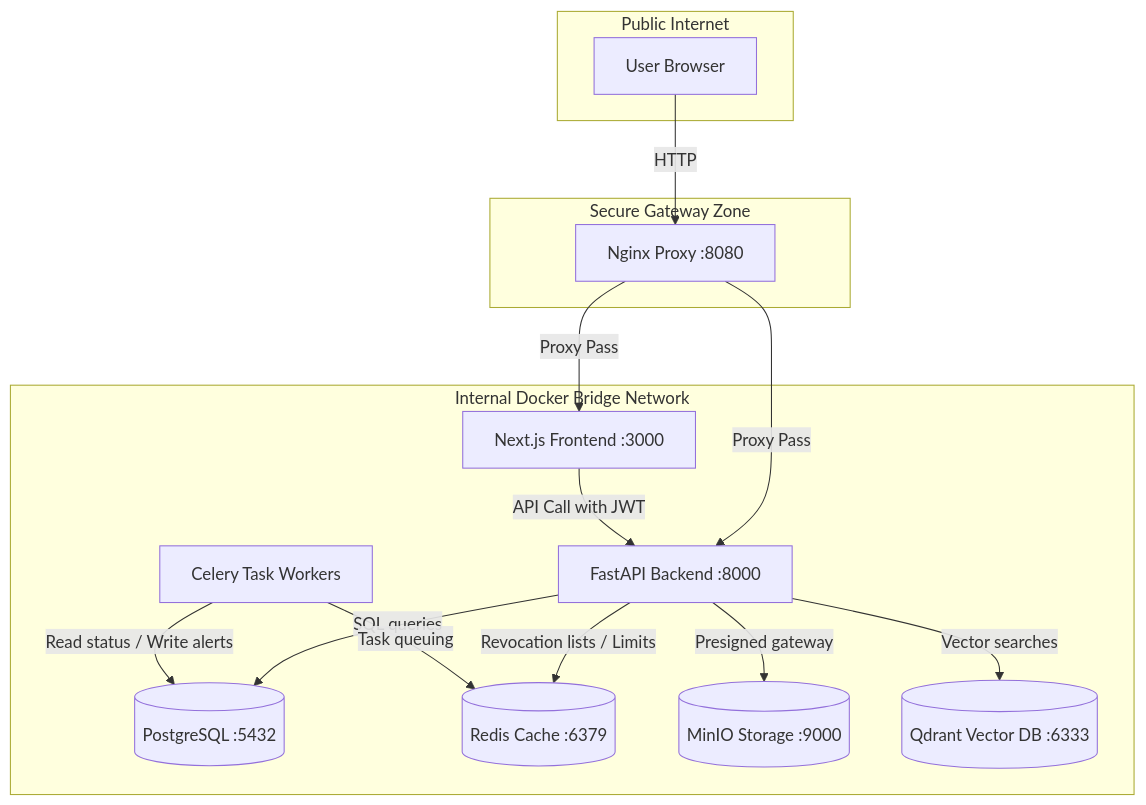
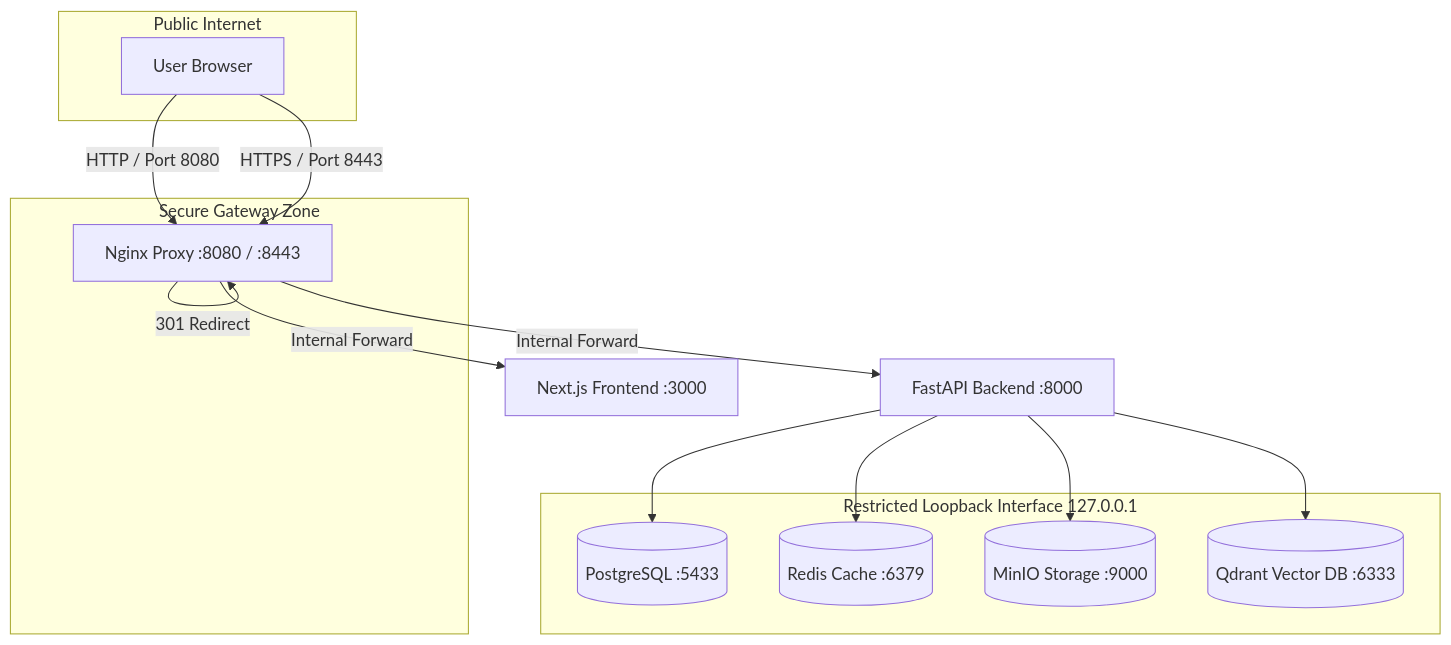
Before and after one commit to ayushsingh257/SentraDesk: the second of 2 diagrams in documentation/Enterprise_DevSecOps_Security_Audit_Report.md, drawn with Mermaid. The commit also changed other lines of this file and 19 other files, not shown here.

````diff
--- a/documentation/Enterprise_DevSecOps_Security_Audit_Report.md
+++ b/documentation/Enterprise_DevSecOps_Security_Audit_Report.md
@@ -137,31 +112,27 @@
 ```mermaid
 graph TD
     subgraph Public Internet
         Client[User Browser]
     end
 
     subgraph Secure Gateway Zone
-        Proxy[Nginx Proxy :8080]
+        Proxy[Nginx Proxy :8080 / :8443]
     end
 
-    subgraph Internal Docker Bridge Network
-        FE[Next.js Frontend :3000]
-        BE[FastAPI Backend :8000]
-        Celery[Celery Task Workers]
-        Postgres[(PostgreSQL :5432)]
+    subgraph Restricted Loopback Interface 127.0.0.1
+        Postgres[(PostgreSQL :5433)]
         RedisCache[(Redis Cache :6379)]
         ObjectStore[(MinIO Storage :9000)]
         VectorDB[(Qdrant Vector DB :6333)]
     end
 
-    Client -->|HTTP| Proxy
-    Proxy -->|Proxy Pass| FE
-    Proxy -->|Proxy Pass| BE
-    FE -->|API Call with JWT| BE
-    BE -->|SQL queries| Postgres
-    BE -->|Revocation lists / Limits| RedisCache
-    BE -->|Presigned gateway| ObjectStore
-    BE -->|Vector searches| VectorDB
-    Celery -->|Read status / Write alerts| Postgres
-    Celery -->|Task queuing| RedisCache
+    Client -->|HTTP / Port 8080| Proxy
+    Proxy -->|301 Redirect| Proxy
+    Client -->|HTTPS / Port 8443| Proxy
+    Proxy -->|Internal Forward| Backend[FastAPI Backend :8000]
+    Proxy -->|Internal Forward| Frontend[Next.js Frontend :3000]
+    Backend --> Postgres
+    Backend --> RedisCache
+    Backend --> ObjectStore
+    Backend --> VectorDB
 ```
````
